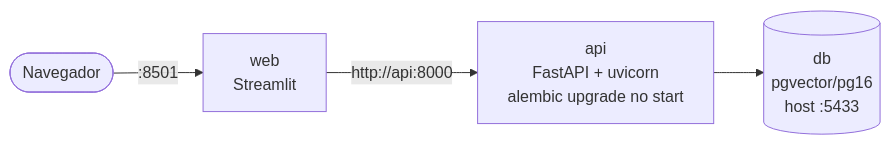
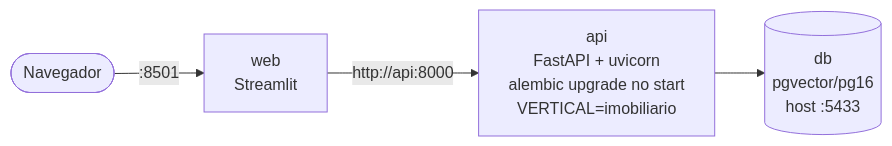
One commit to amaranini/tech-challenge-fase-5 changed the eighth of 8 diagrams in docs/arquitetura.md. Above: the diagram before and after it, drawn with Mermaid. The commit also changed other lines of this file and 113 other files, not shown here.

````diff
--- a/docs/arquitetura.md
+++ b/docs/arquitetura.md
@@ -168,6 +254,6 @@
 ```mermaid
 flowchart LR
     browser([Navegador]) -- :8501 --> web[web<br/>Streamlit]
-    web -- http://api:8000 --> api[api<br/>FastAPI + uvicorn<br/>alembic upgrade no start]
+    web -- http://api:8000 --> api[api<br/>FastAPI + uvicorn<br/>alembic upgrade no start<br/>VERTICAL=imobiliario]
     api --> db[(db<br/>pgvector/pg16<br/>host :5433)]
 ```
````
